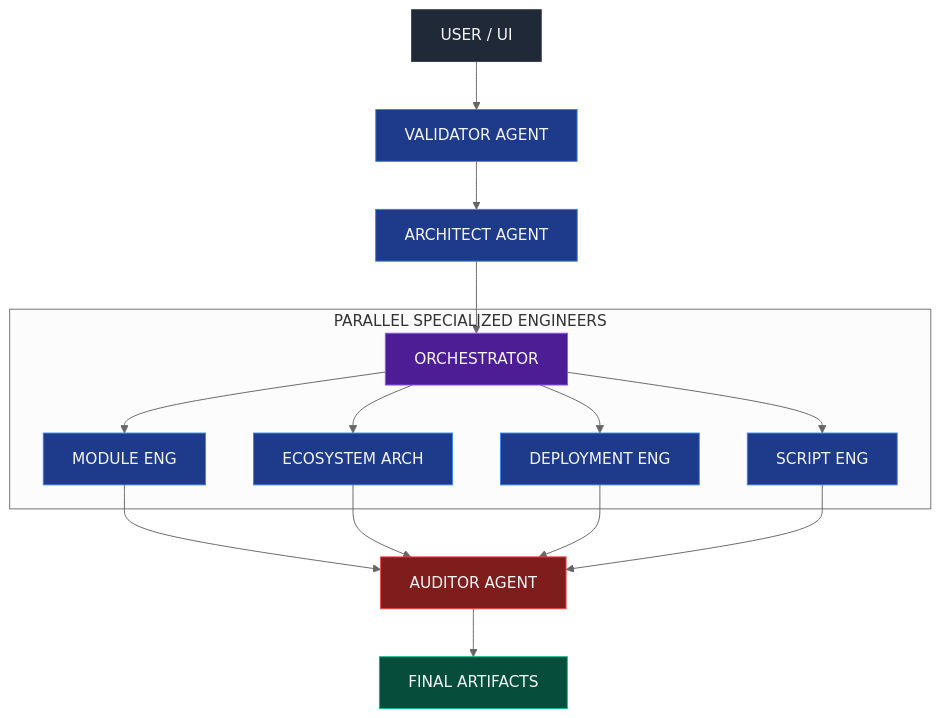
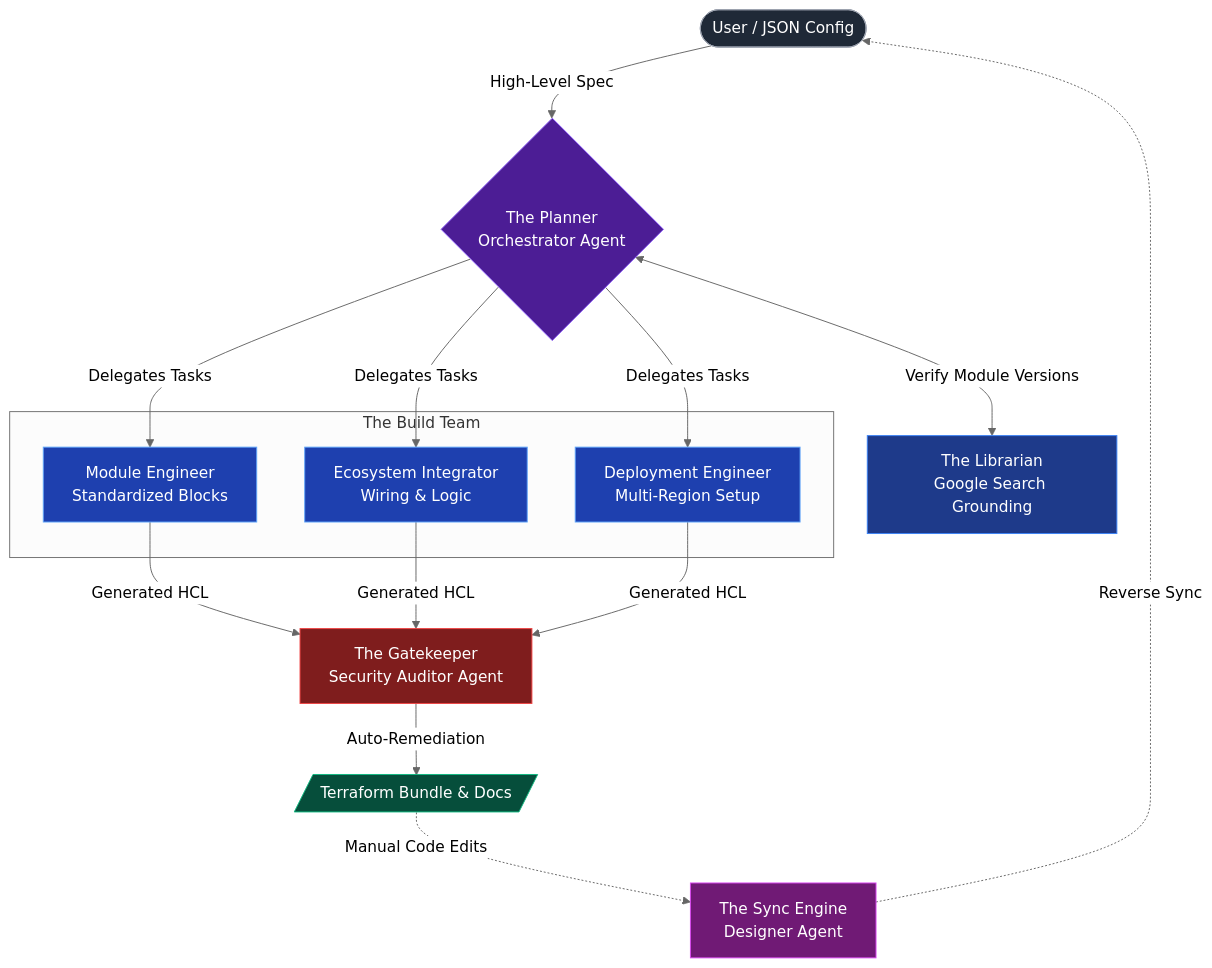
One commit to Farheen-J/cloudaccel-agent changed the diagram in README.md. Above: the diagram before and after it, drawn with Mermaid (neutral theme). The commit also changed other lines of this file, not shown here.

First line of the commit message:
feat: Update README to reflect agent's autonomous capabilities

````diff
--- a/README.md
+++ b/README.md
@@ -21,32 +38,62 @@
 ```mermaid
 graph TD
-    User[USER / UI] --> Validator[VALIDATOR AGENT]
-    Validator --> Architect[ARCHITECT AGENT]
-    Architect --> Orchestrator[ORCHESTRATOR]
+    %% Nodes
+    User([User / JSON Config])
     
-    subgraph "PARALLEL SPECIALIZED ENGINEERS"
-        Orchestrator --> ModEng[MODULE ENG]
-        Orchestrator --> EcoArch[ECOSYSTEM ARCH]
-        Orchestrator --> DepEng[DEPLOYMENT ENG]
-        Orchestrator --> ScrEng[SCRIPT ENG]
+    %% 1. The Planner
+    Orch{The Planner<br/>Orchestrator Agent}
+    
+    %% 2. The Librarian
+    Lib[The Librarian<br/>Google Search Grounding]
+    
+    %% 3. The Build Team
+    subgraph "The Build Team"
+        ModEng[Module Engineer<br/>Standardized Blocks]
+        EcoInt[Ecosystem Integrator<br/>Wiring & Logic]
+        DepEng[Deployment Engineer<br/>Multi-Region Setup]
     end
     
-    ModEng --> Auditor[AUDITOR AGENT]
-    EcoArch --> Auditor
-    DepEng --> Auditor
-    ScrEng --> Auditor
+    %% 4. The Gatekeeper
+    Aud[The Gatekeeper<br/>Security Auditor Agent]
     
-    Auditor --> Final[FINAL ARTIFACTS]
+    %% Output Artifacts
+    Output[/Terraform Bundle & Docs/]
     
-    %% Styling to match the SVG colors
-    style User fill:#1f2937,stroke:#374151,color:#f3f4f6
-    style Validator fill:#1e3a8a,stroke:#3b82f6,color:#f3f4f6
-    style Architect fill:#1e3a8a,stroke:#3b82f6,color:#f3f4f6
-    style Orchestrator fill:#4c1d95,stroke:#8b5cf6,color:#f3f4f6
-    style ModEng fill:#1e3a8a,stroke:#3b82f6,color:#f3f4f6
-    style EcoArch fill:#1e3a8a,stroke:#3b82f6,color:#f3f4f6
-    style DepEng fill:#1e3a8a,stroke:#3b82f6,color:#f3f4f6
-    style ScrEng fill:#1e3a8a,stroke:#3b82f6,color:#f3f4f6
-    style Auditor fill:#7f1d1d,stroke:#ef4444,color:#f3f4f6
-    style Final fill:#064e3b,stroke:#10b981,color:#f3f4f6
+    %% 5. The Sync Engine
+    Designer[The Sync Engine<br/>Designer Agent]
+
+    %% Flow Relationships
+    User -->|High-Level Spec| Orch
+    Orch <-->|Verify Module Versions| Lib
+    
+    Orch -->|Delegates Tasks| ModEng
+    Orch -->|Delegates Tasks| EcoInt
+    Orch -->|Delegates Tasks| DepEng
+    
+    ModEng -->|Generated HCL| Aud
+    EcoInt -->|Generated HCL| Aud
+    DepEng -->|Generated HCL| Aud
+    
+    Aud -->|Auto-Remediation| Output
+    
+    %% Reverse Sync Loop
+    Output -.->|Manual Code Edits| Designer
+    Designer -.->|Reverse Sync| User
+
+    %% Styling
+    classDef user fill:#1f2937,stroke:#9ca3af,color:#fff
+    classDef planner fill:#4c1d95,stroke:#8b5cf6,color:#fff
+    classDef tool fill:#1e3a8a,stroke:#3b82f6,color:#fff
+    classDef builder fill:#1e40af,stroke:#60a5fa,color:#fff
+    classDef security fill:#7f1d1d,stroke:#ef4444,color:#fff
+    classDef sync fill:#701a75,stroke:#d946ef,color:#fff
+    classDef artifact fill:#064e3b,stroke:#10b981,color:#fff
+
+    class User user
+    class Orch planner
+    class Lib tool
+    class ModEng,EcoInt,DepEng builder
+    class Aud security
+    class Designer sync
+    class Output artifact
 ```
````
